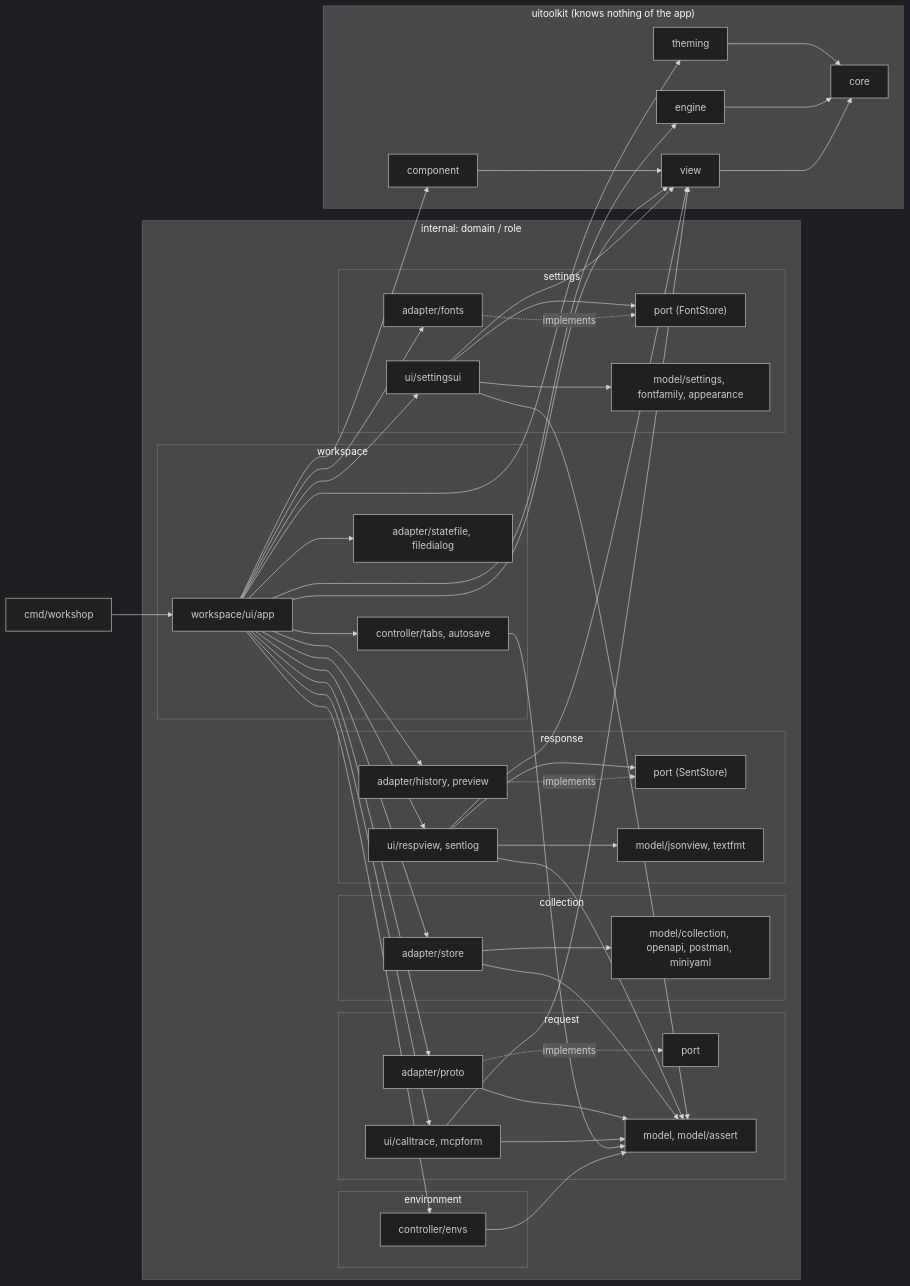
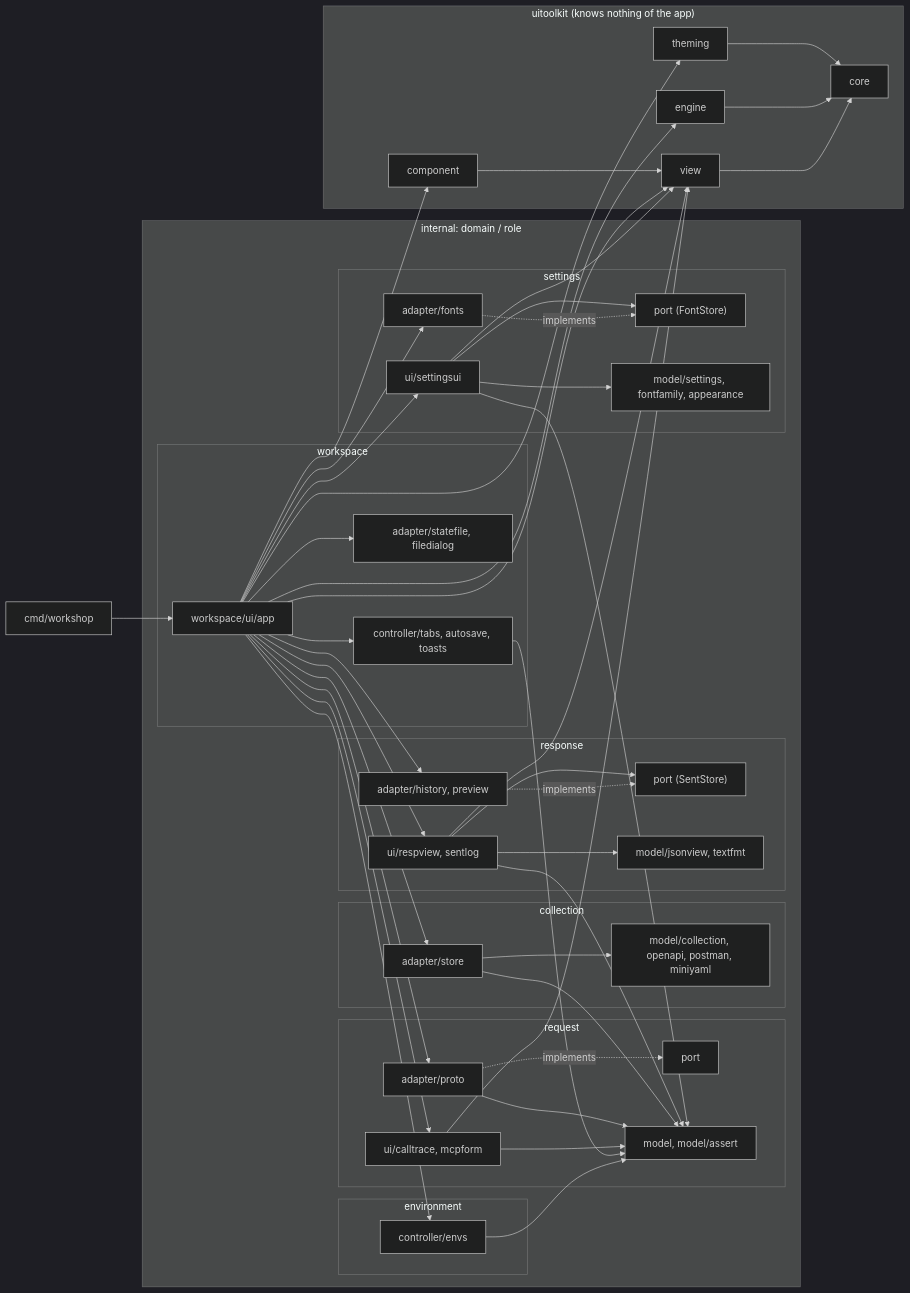
One commit to gascoigne-ai/gascoigne-workshop changed the diagram in .harness/architecture.md. Above: the diagram before and after it, drawn with Mermaid (dark theme). The commit also changed other lines of this file and 10 other files, not shown here.

First line of the commit message:
refactor(workspace): toast rules move to controller/toasts

````diff
--- a/.harness/architecture.md
+++ b/.harness/architecture.md
@@ -5,56 +5,56 @@
 ```mermaid
 flowchart LR
   cmd["cmd/workshop"] --> app["workspace/ui/app"]
   subgraph domains["internal: domain / role"]
     subgraph request
       rui["ui/calltrace, mcpform"]
       rad["adapter/proto"]
       rport["port"]
       rmod["model, model/assert"]
     end
     subgraph collection
       cad["adapter/store"]
       cmod["model/collection, openapi, postman, miniyaml"]
     end
     subgraph response
       sui["ui/respview, sentlog"]
       sport["port (SentStore)"]
       sad["adapter/history, preview"]
       smod["model/jsonview, textfmt"]
     end
     subgraph settings
       tui["ui/settingsui"]
       tport["port (FontStore)"]
       tad["adapter/fonts"]
       tmod["model/settings, fontfamily, appearance"]
     end
     subgraph environment
       ectl["controller/envs"]
     end
     subgraph workspace
       app
-      wctl["controller/tabs, autosave"]
+      wctl["controller/tabs, autosave, toasts"]
       wad["adapter/statefile, filedialog"]
     end
   end
   app --> ectl & wctl
   ectl & wctl --> rmod
   app --> rui & rad & cad & sui & sad & tui & tad & wad
   rui & rad & cad & sui & tui --> rmod
   rad -. implements .-> rport
   sad -. implements .-> sport
   sui --> sport
   tad -. implements .-> tport
   tui --> tport
   tui --> tmod
   cad --> cmod
   sui --> smod
   subgraph toolkit["uitoolkit (knows nothing of the app)"]
     component["component"] --> view["view"]
     view --> core["core"]
     engine["engine"] --> core
     theming["theming"] --> core
   end
   app --> component & view & engine & theming
   rui & sui & tui --> view
 ```
````
